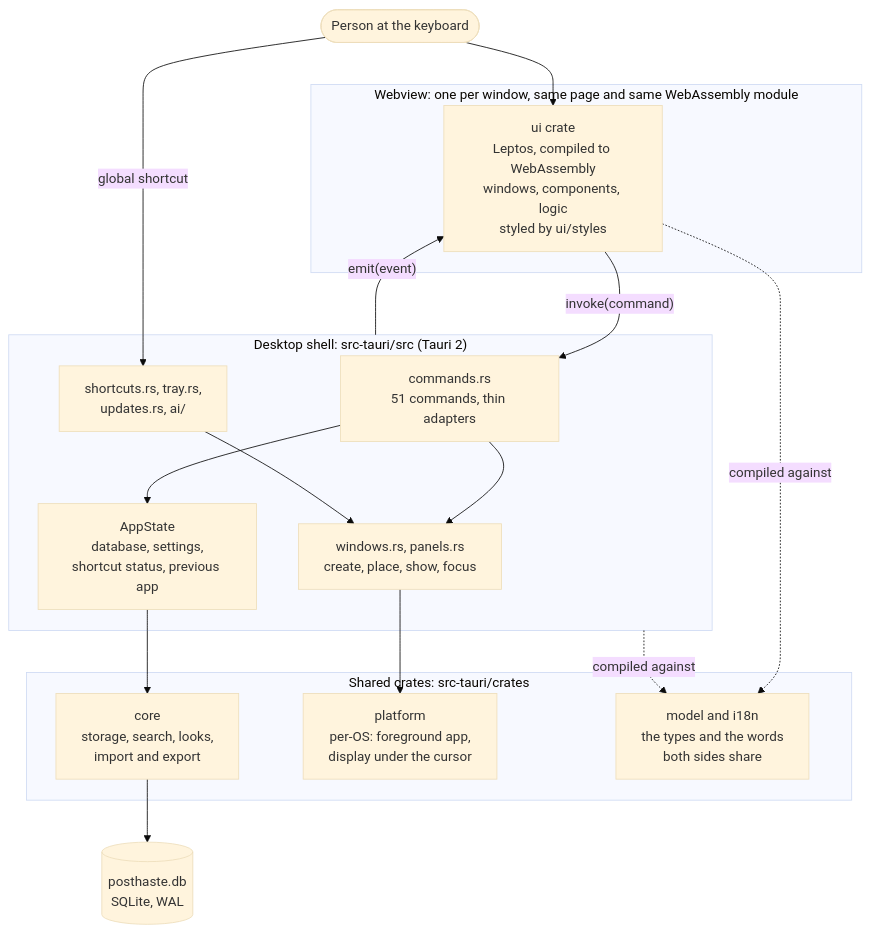
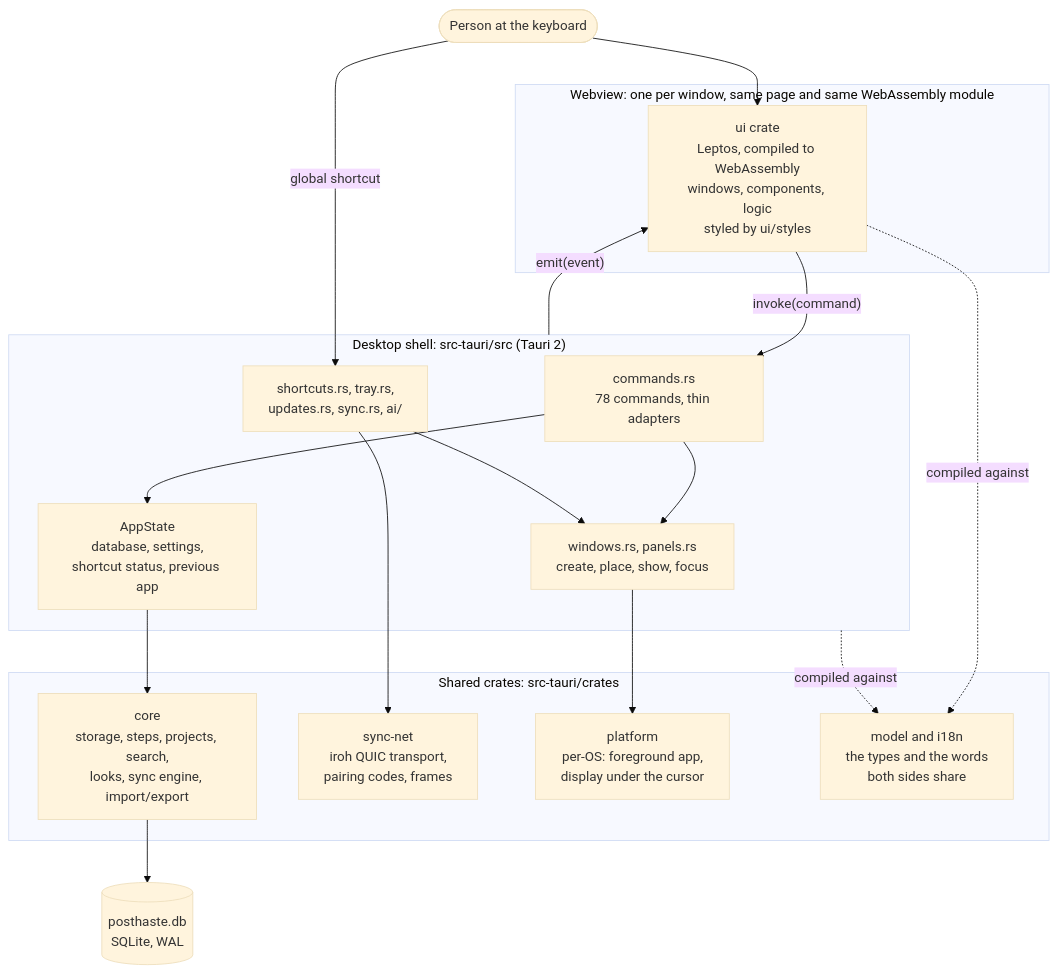
The first of 13 diagrams in docs/architecture.md (worty76/posthaste), drawn with Mermaid (base theme) before and after one commit. The commit also changed other lines of this file and 19 other files, not shown here.

````diff
--- a/docs/architecture.md
+++ b/docs/architecture.md
@@ -38,36 +39,38 @@
 ```mermaid
 flowchart TB
   user(["Person at the keyboard"])
 
   subgraph web["Webview: one per window, same page and same WebAssembly module"]
     ui["ui crate<br/>Leptos, compiled to WebAssembly<br/>windows, components, logic<br/>styled by ui/styles"]
   end
 
   subgraph shell["Desktop shell: src-tauri/src (Tauri 2)"]
-    cmds["commands.rs<br/>51 commands, thin adapters"]
+    cmds["commands.rs<br/>78 commands, thin adapters"]
     wins["windows.rs, panels.rs<br/>create, place, show, focus"]
-    misc["shortcuts.rs, tray.rs,<br/>updates.rs, ai/"]
+    misc["shortcuts.rs, tray.rs,<br/>updates.rs, sync.rs, ai/"]
     state["AppState<br/>database, settings,<br/>shortcut status, previous app"]
   end
 
   subgraph crates["Shared crates: src-tauri/crates"]
-    core["core<br/>storage, search, looks,<br/>import and export"]
+    core["core<br/>storage, steps, projects, search,<br/>looks, sync engine, import/export"]
+    syncnet["sync-net<br/>iroh QUIC transport,<br/>pairing codes, frames"]
     plat["platform<br/>per-OS: foreground app,<br/>display under the cursor"]
     shared["model and i18n<br/>the types and the words<br/>both sides share"]
   end
 
   db[("posthaste.db<br/>SQLite, WAL")]
 
   user --> ui
   user -- "global shortcut" --> misc
   ui -- "invoke(command)" --> cmds
   shell -- "emit(event)" --> ui
   cmds --> state
   state --> core
   core --> db
   cmds --> wins
   misc --> wins
+  misc --> syncnet
   wins --> plat
   ui -. "compiled against" .-> shared
   shell -. "compiled against" .-> shared
 ```
````
